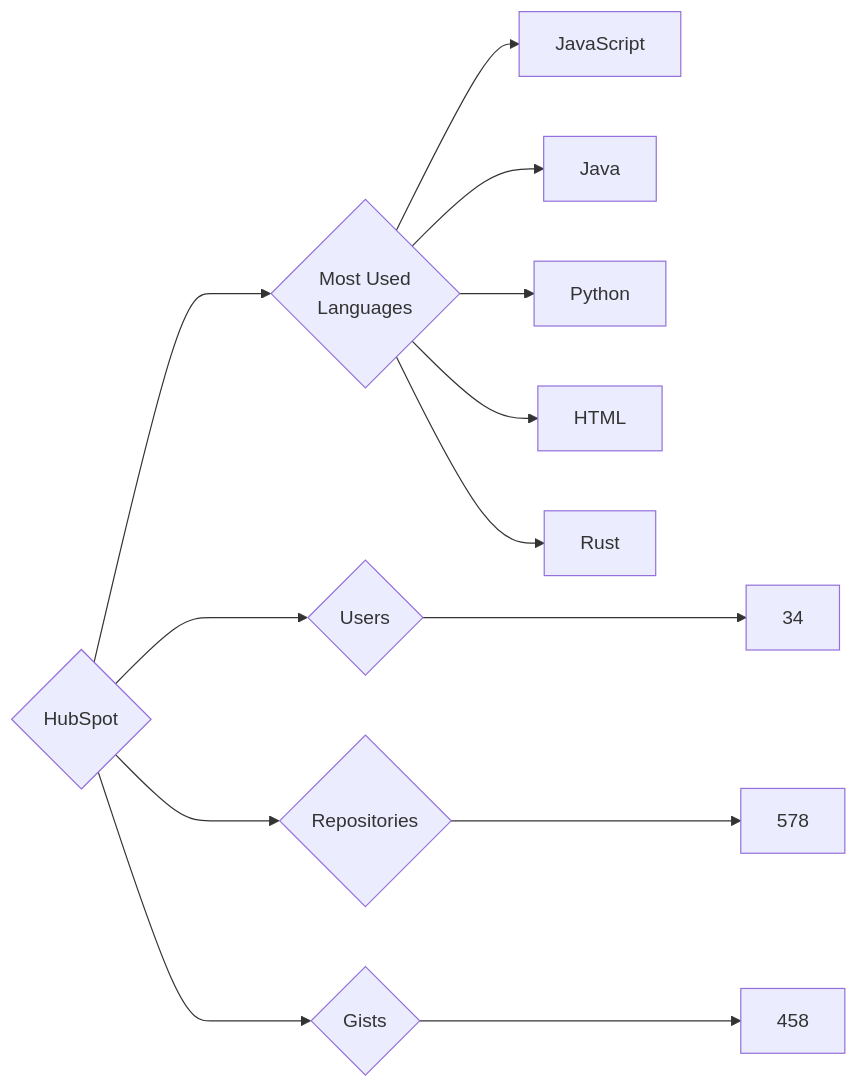
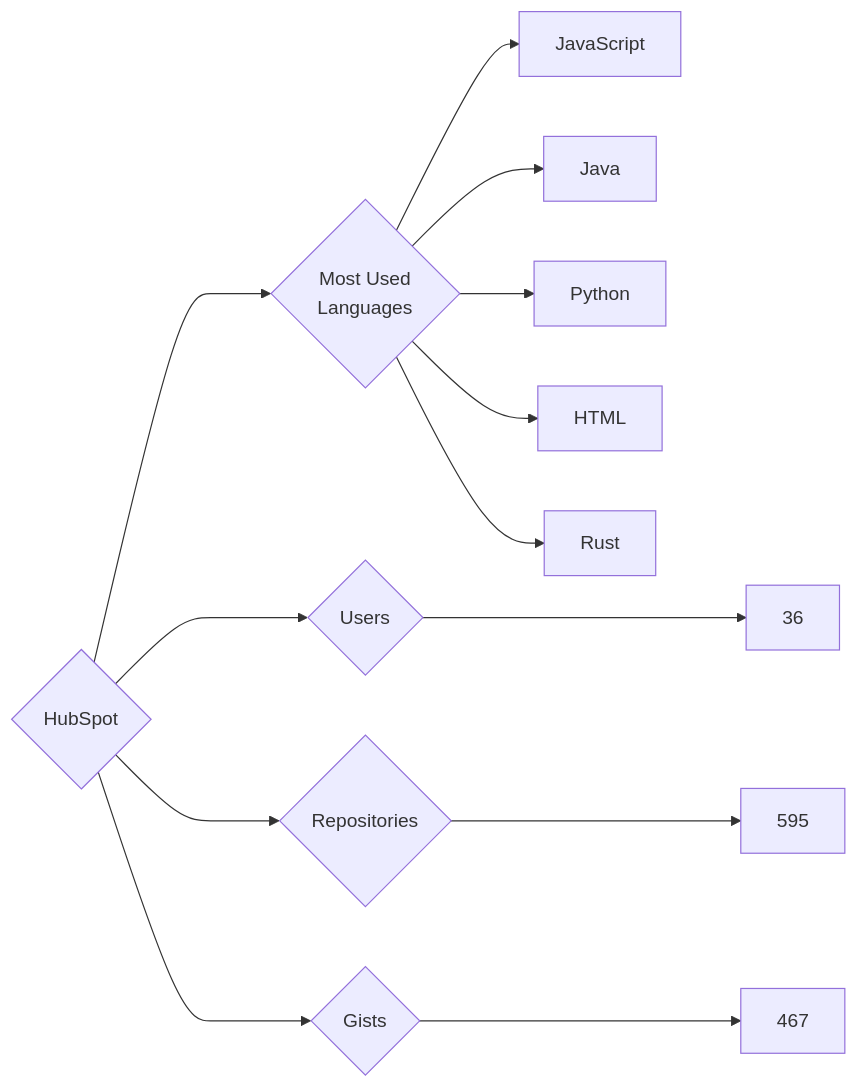
Before and after one commit to trickest/insiders: the diagram in targets/HubSpot/README.md, drawn with Mermaid. The commit also changed 636 other files, not shown here.

````diff
--- a/targets/HubSpot/README.md
+++ b/targets/HubSpot/README.md
@@ -3,13 +3,13 @@
 ```mermaid
 graph LR
 COMPANY_NAME{HubSpot}
-COMPANY_NAME ---> U{Users} ---> UN[34]
-COMPANY_NAME ---> R{Repositories} ---> RN[578]
-COMPANY_NAME ---> G{Gists} ---> GN[458]
+COMPANY_NAME ---> U{Users} ---> UN[36]
+COMPANY_NAME ---> R{Repositories} ---> RN[595]
+COMPANY_NAME ---> G{Gists} ---> GN[467]
 COMPANY_NAME ---> ML{Most Used<br>Languages}
 ML --> JavaScript[JavaScript]
 ML --> Java[Java]
 ML --> Python[Python]
 ML --> HTML[HTML]
 ML --> Rust[Rust]
 ```
````
